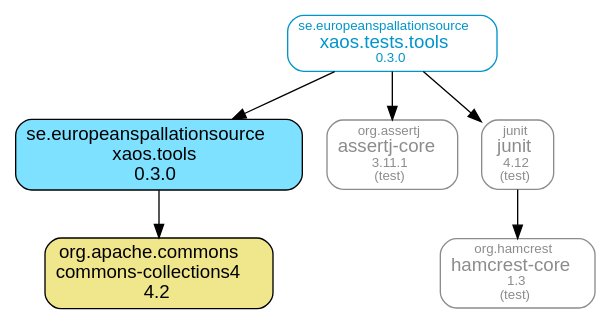
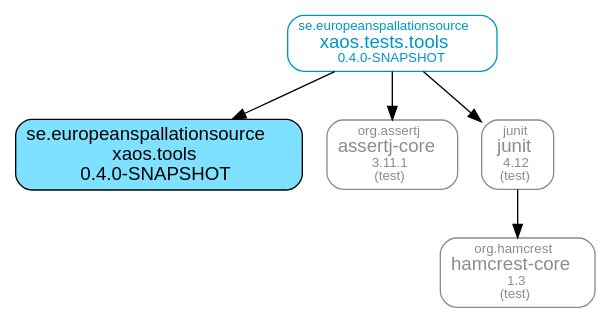
The diagram in xaos.tests.tools.module/doc/maven-dependencies.dot (ESSICS/XAOS), drawn with Graphviz before and after one commit. The commit also changed 16 other files, not shown here.

```diff
--- a/xaos.tests.tools.module/doc/maven-dependencies.dot
+++ b/xaos.tests.tools.module/doc/maven-dependencies.dot
@@ -1,19 +1,17 @@
 digraph "xaos.tests.tools" {
   node [shape="box",style="rounded",fontname="Helvetica",fontsize="14"]
   edge [fontsize="10",fontname="Helvetica"]
 
   // Node Definitions:
-  "se.europeanspallationsource:xaos.tools:jar"[shape="box",style="rounded, filled",fillcolor="#7DE1FF",label=<se.europeanspallationsource<br/>xaos.tools<br/>0.3.0>]
-  "org.apache.commons:commons-collections4:jar"[shape="box",style="rounded, filled",fillcolor="khaki",label=<org.apache.commons<br/>commons-collections4<br/>4.2>]
-  "se.europeanspallationsource:xaos.tests.tools:jar"[shape="box",style="rounded",color="#0094CA",fontname="Helvetica",fontsize="14",fontcolor="#0094CA",label=<<font color="#0094CA" point-size="10">se.europeanspallationsource</font><br/>xaos.tests.tools<font color="#0094CA" point-size="10"><br/>0.3.0</font>>]
+  "se.europeanspallationsource:xaos.tests.tools:jar"[shape="box",style="rounded",color="#0094CA",fontname="Helvetica",fontsize="14",fontcolor="#0094CA",label=<<font color="#0094CA" point-size="10">se.europeanspallationsource</font><br/>xaos.tests.tools<font color="#0094CA" point-size="10"><br/>0.4.0-SNAPSHOT</font>>]
+  "se.europeanspallationsource:xaos.tools:jar"[shape="box",style="rounded, filled",fillcolor="#7DE1FF",label=<se.europeanspallationsource<br/>xaos.tools<br/>0.4.0-SNAPSHOT>]
   "org.assertj:assertj-core:jar"[shape="box",style="rounded",color="grey55",fontname="Helvetica",fontsize="14",fontcolor="grey55",label=<<font color="grey55" point-size="10">org.assertj</font><br/>assertj-core<font color="grey55" point-size="10"><br/>3.11.1</font><font color="grey55" point-size="10"><br/>(test)</font>>]
   "junit:junit:jar"[shape="box",style="rounded",color="grey55",fontname="Helvetica",fontsize="14",fontcolor="grey55",label=<<font color="grey55" point-size="10">junit</font><br/>junit<font color="grey55" point-size="10"><br/>4.12</font><font color="grey55" point-size="10"><br/>(test)</font>>]
   "org.hamcrest:hamcrest-core:jar"[shape="box",style="rounded",color="grey55",fontname="Helvetica",fontsize="14",fontcolor="grey55",label=<<font color="grey55" point-size="10">org.hamcrest</font><br/>hamcrest-core<font color="grey55" point-size="10"><br/>1.3</font><font color="grey55" point-size="10"><br/>(test)</font>>]
 
   // Edge Definitions:
-  "se.europeanspallationsource:xaos.tools:jar" -> "org.apache.commons:commons-collections4:jar"
   "se.europeanspallationsource:xaos.tests.tools:jar" -> "se.europeanspallationsource:xaos.tools:jar"
   "se.europeanspallationsource:xaos.tests.tools:jar" -> "org.assertj:assertj-core:jar"
   "junit:junit:jar" -> "org.hamcrest:hamcrest-core:jar"
   "se.europeanspallationsource:xaos.tests.tools:jar" -> "junit:junit:jar"
 }
```
